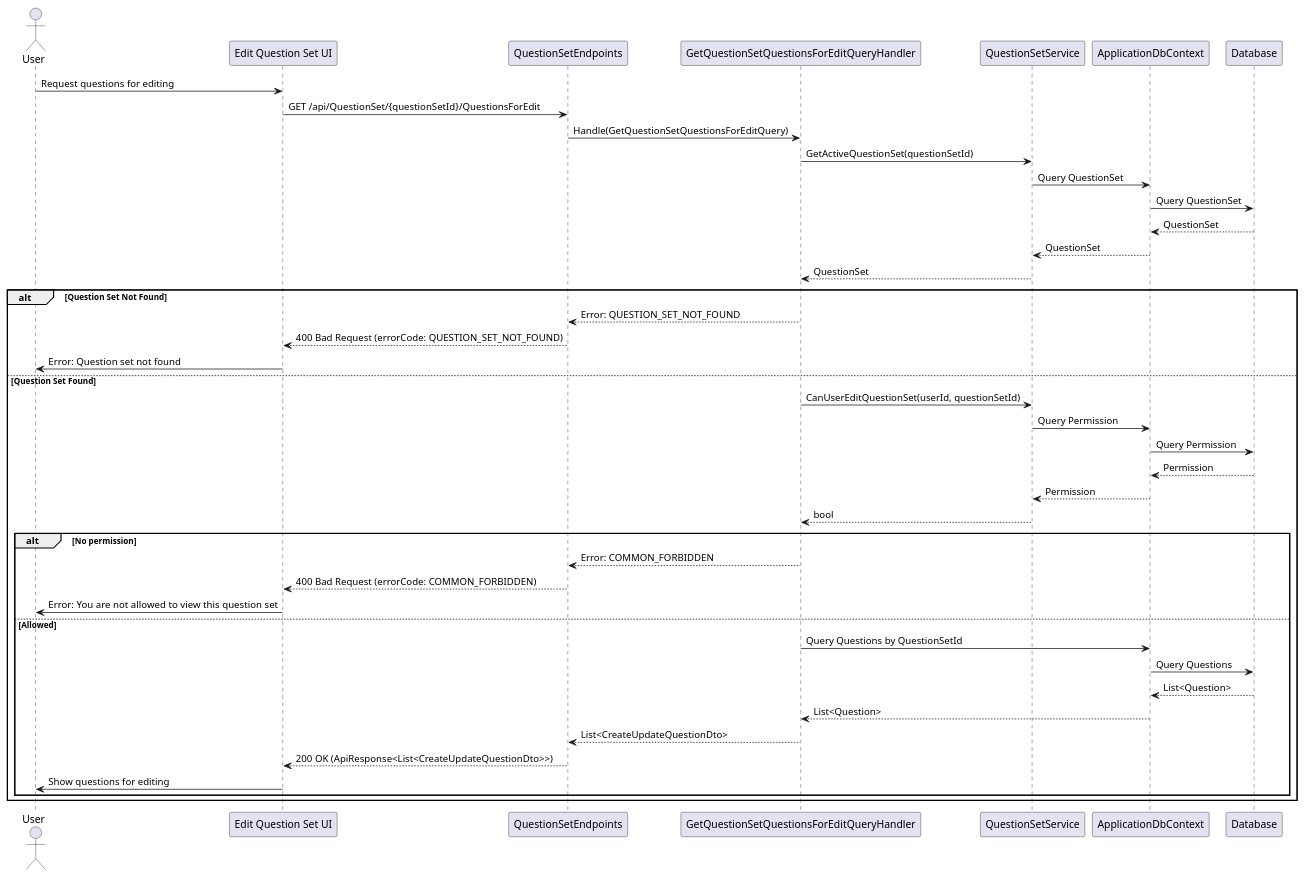
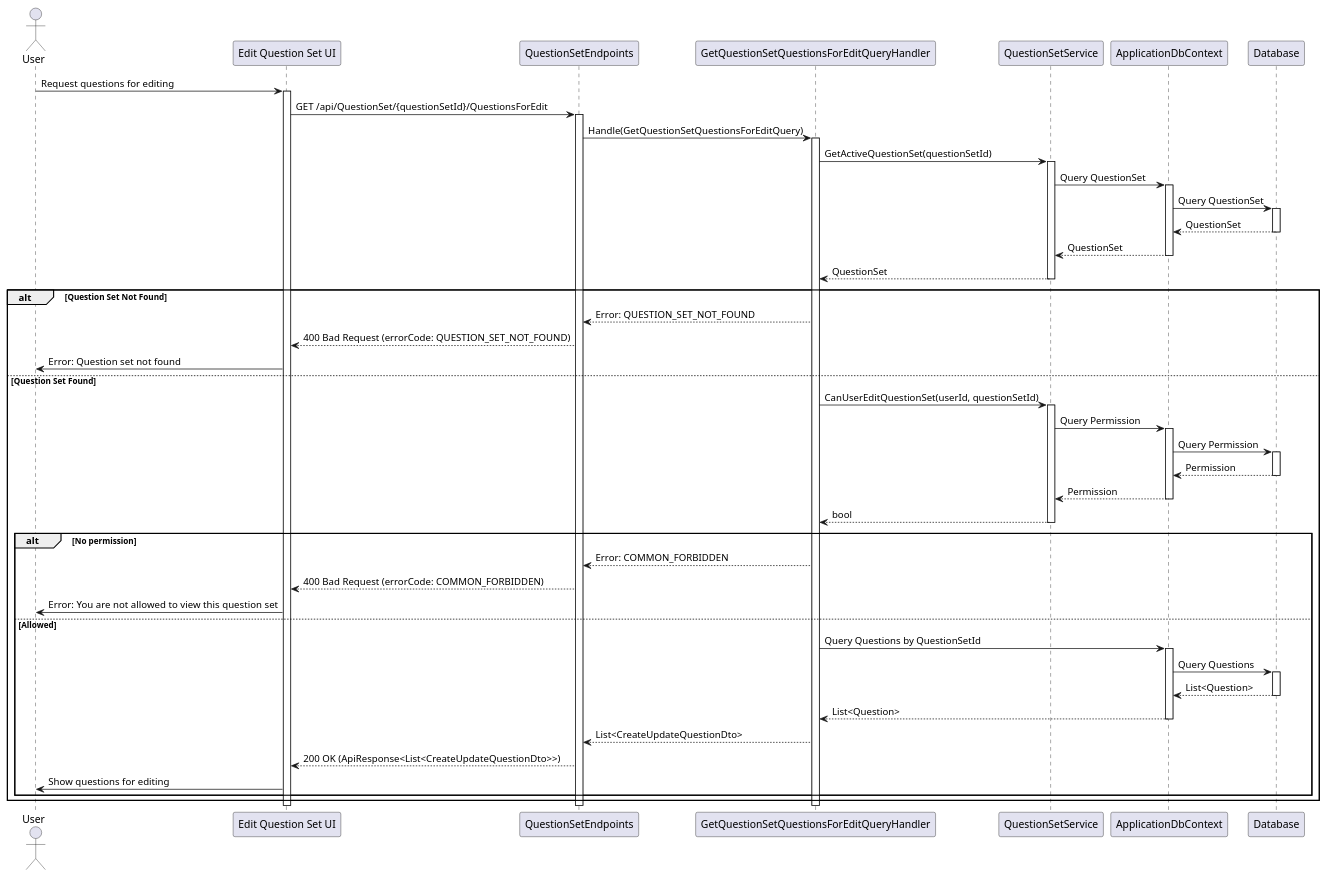
Before and after one commit to thanhkhac/SEP_Diagram: the diagram in QuestionSets/Sequence/GetQuestionsForEditQuery.puml, drawn with PlantUML. The commit also changed 30 other files, not shown here.

First line of the commit message:
Refactor sequence diagrams and update actor names

```diff
--- a/QuestionSets/Sequence/GetQuestionsForEditQuery.puml
+++ b/QuestionSets/Sequence/GetQuestionsForEditQuery.puml
@@ -1,44 +1,66 @@
 @startuml
 actor User
 participant "Edit Question Set UI" as UI
 participant QuestionSetEndpoints
 participant GetQuestionSetQuestionsForEditQueryHandler as Handler
 participant QuestionSetService
 participant ApplicationDbContext
 participant Database
 
 User -> UI : Request questions for editing
+activate UI
 UI -> QuestionSetEndpoints : GET /api/QuestionSet/{questionSetId}/QuestionsForEdit
+activate QuestionSetEndpoints
 QuestionSetEndpoints -> Handler : Handle(GetQuestionSetQuestionsForEditQuery)
+activate Handler
 Handler -> QuestionSetService : GetActiveQuestionSet(questionSetId)
+activate QuestionSetService
 QuestionSetService -> ApplicationDbContext : Query QuestionSet
+activate ApplicationDbContext
 ApplicationDbContext -> Database : Query QuestionSet
+activate Database
 Database --> ApplicationDbContext : QuestionSet
+deactivate Database
 ApplicationDbContext --> QuestionSetService : QuestionSet
+deactivate ApplicationDbContext
 QuestionSetService --> Handler : QuestionSet
+deactivate QuestionSetService
 alt Question Set Not Found
     Handler --> QuestionSetEndpoints : Error: QUESTION_SET_NOT_FOUND
     QuestionSetEndpoints --> UI : 400 Bad Request (errorCode: QUESTION_SET_NOT_FOUND)
     UI -> User : Error: Question set not found
 else Question Set Found
     Handler -> QuestionSetService : CanUserEditQuestionSet(userId, questionSetId)
+    activate QuestionSetService
     QuestionSetService -> ApplicationDbContext : Query Permission
+    activate ApplicationDbContext
     ApplicationDbContext -> Database : Query Permission
+    activate Database
     Database --> ApplicationDbContext : Permission
+    deactivate Database
     ApplicationDbContext --> QuestionSetService : Permission
+    deactivate ApplicationDbContext
     QuestionSetService --> Handler : bool
+    deactivate QuestionSetService
     alt No permission
         Handler --> QuestionSetEndpoints : Error: COMMON_FORBIDDEN
         QuestionSetEndpoints --> UI : 400 Bad Request (errorCode: COMMON_FORBIDDEN)
         UI -> User : Error: You are not allowed to view this question set
     else Allowed
         Handler -> ApplicationDbContext : Query Questions by QuestionSetId
+        activate ApplicationDbContext
         ApplicationDbContext -> Database : Query Questions
+        activate Database
         Database --> ApplicationDbContext : List<Question>
+        deactivate Database
         ApplicationDbContext --> Handler : List<Question>
+        deactivate ApplicationDbContext
         Handler --> QuestionSetEndpoints : List<CreateUpdateQuestionDto>
         QuestionSetEndpoints --> UI : 200 OK (ApiResponse<List<CreateUpdateQuestionDto>>)
         UI -> User : Show questions for editing
     end
 end
+deactivate Handler
+deactivate QuestionSetEndpoints
+deactivate UI
 @enduml
```
